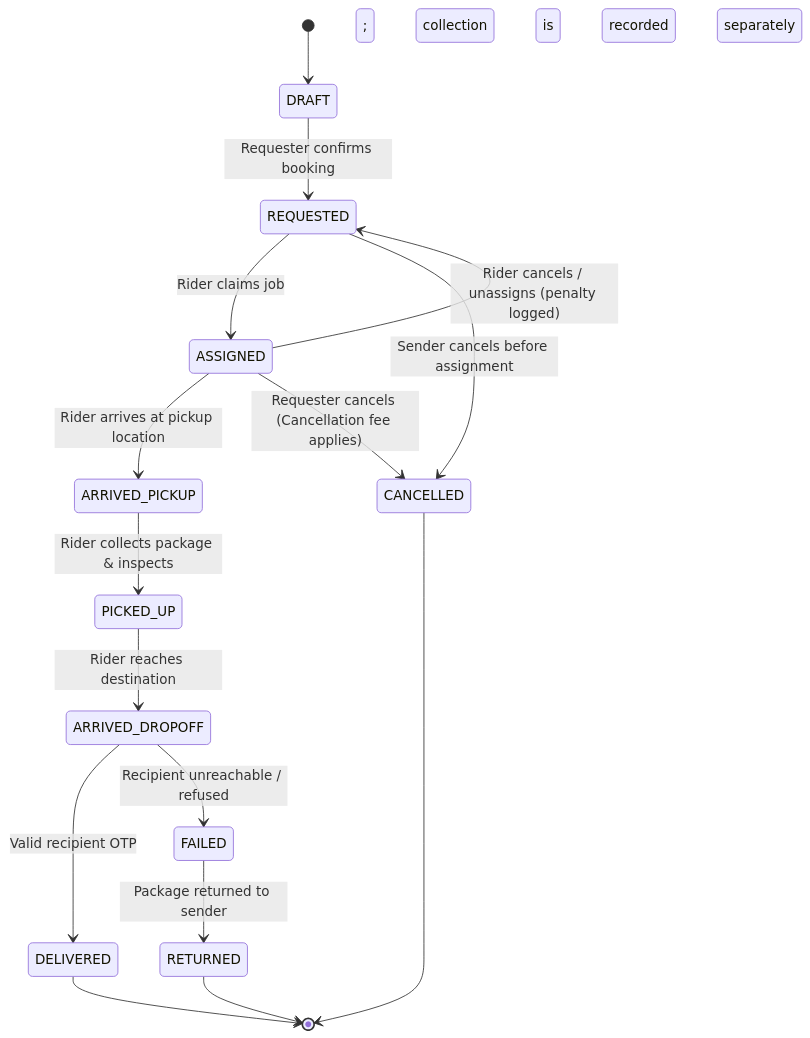
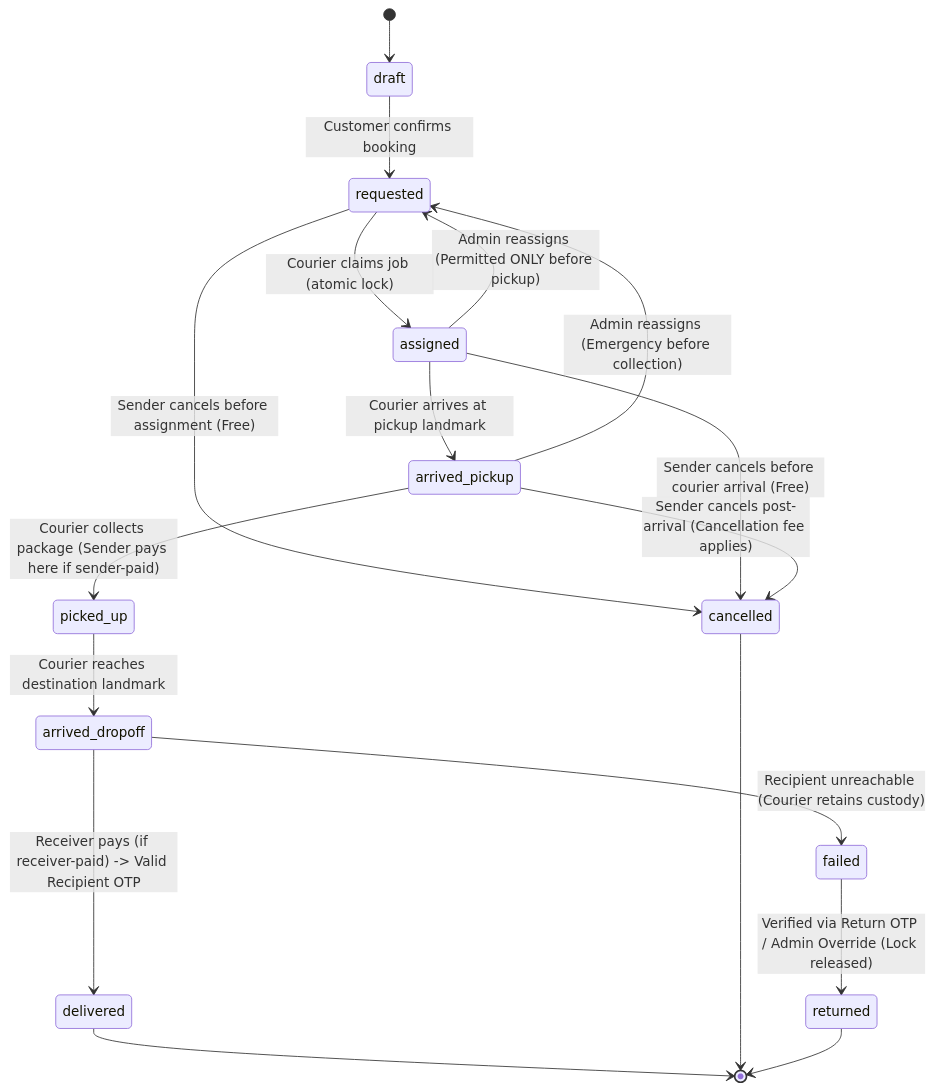
One commit to NahoooMac/Delivery_App changed the third of 3 diagrams in docs/MVP_SPEC_UPDATED.md. Above: the diagram before and after it, drawn with Mermaid. The commit also changed other lines of this file and 5 other files, not shown here.

Commit message:
docs: finalize MVP architecture, database design, and UX core screen flows

````diff
--- a/docs/MVP_SPEC_UPDATED.md
+++ b/docs/MVP_SPEC_UPDATED.md
@@ -226,18 +245,20 @@
 ```mermaid
 stateDiagram-v2
-    [*] --> DRAFT
-    DRAFT --> REQUESTED: Requester confirms booking
-    REQUESTED --> ASSIGNED: Rider claims job
-    REQUESTED --> CANCELLED: Sender cancels before assignment
-    ASSIGNED --> ARRIVED_PICKUP: Rider arrives at pickup location
-    ASSIGNED --> CANCELLED: Requester cancels (Cancellation fee applies)
-    ASSIGNED --> REQUESTED: Rider cancels / unassigns (penalty logged)
-    ARRIVED_PICKUP --> PICKED_UP: Rider collects package & inspects
-    PICKED_UP --> ARRIVED_DROPOFF: Rider reaches destination
-    ARRIVED_DROPOFF --> DELIVERED: Valid recipient OTP; collection is recorded separately
-    ARRIVED_DROPOFF --> FAILED: Recipient unreachable / refused
-    FAILED --> RETURNED: Package returned to sender
-    DELIVERED --> [*]
-    CANCELLED --> [*]
-    RETURNED --> [*]
+    [*] --> draft
+    draft --> requested: Customer confirms booking
+    requested --> assigned: Courier claims job (atomic lock)
+    requested --> cancelled: Sender cancels before assignment (Free)
+    assigned --> arrived_pickup: Courier arrives at pickup landmark
+    assigned --> cancelled: Sender cancels before courier arrival (Free)
+    assigned --> requested: Admin reassigns (Permitted ONLY before pickup)
+    arrived_pickup --> cancelled: Sender cancels post-arrival (Cancellation fee applies)
+    arrived_pickup --> requested: Admin reassigns (Emergency before collection)
+    arrived_pickup --> picked_up: Courier collects package (Sender pays here if sender-paid)
+    picked_up --> arrived_dropoff: Courier reaches destination landmark
+    arrived_dropoff --> delivered: Receiver pays (if receiver-paid) -> Valid Recipient OTP
+    arrived_dropoff --> failed: Recipient unreachable (Courier retains custody)
+    failed --> returned: Verified via Return OTP / Admin Override (Lock released)
+    delivered --> [*]
+    cancelled --> [*]
+    returned --> [*]
 ```
````
